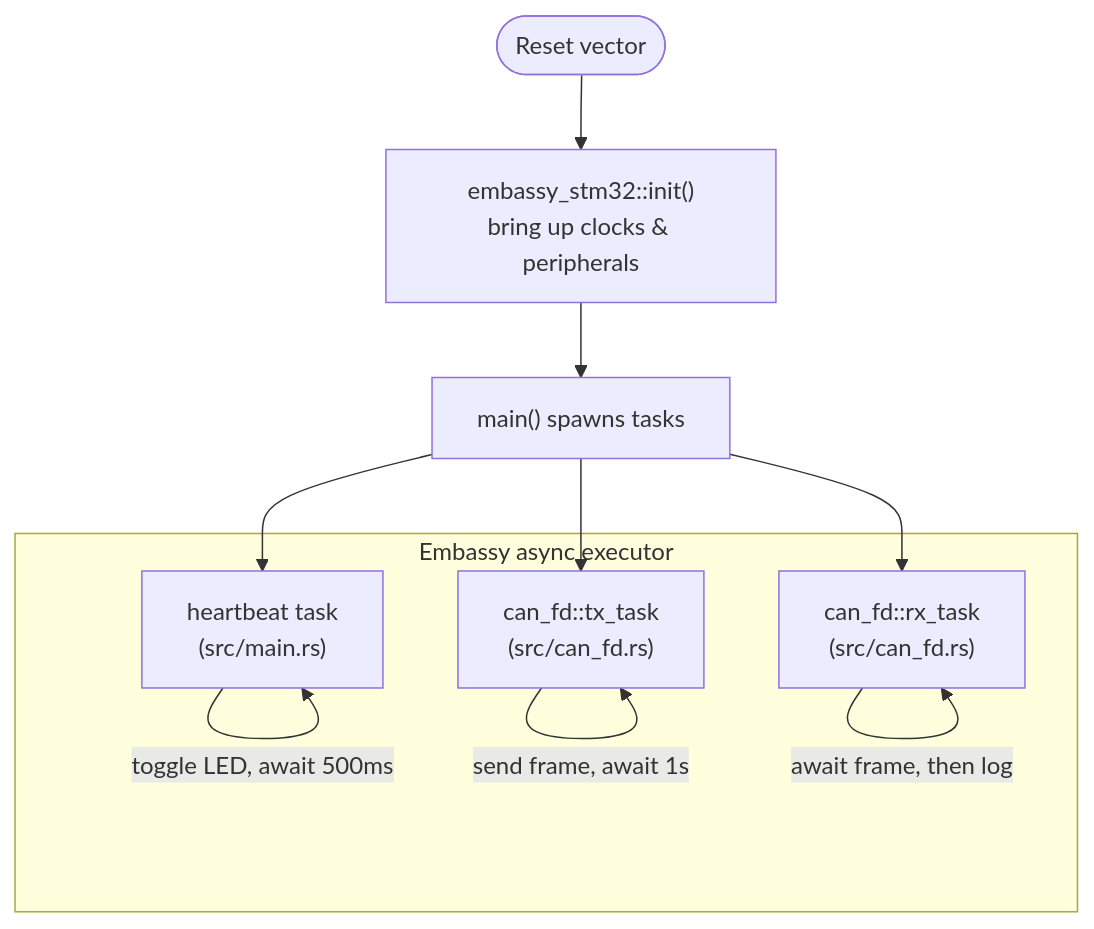
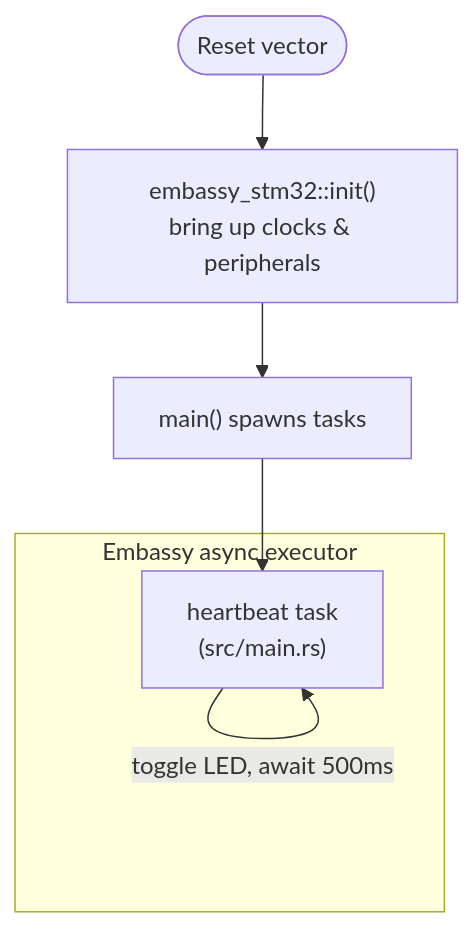
The diagram in README.md (noherczeg/rt-learn), drawn with Mermaid before and after one commit. The commit also changed other lines of this file and 17 other files, not shown here.

````diff
--- a/README.md
+++ b/README.md
@@ -149,19 +130,13 @@
 ```mermaid
 flowchart TD
     RESET([Reset vector]) --> INIT["embassy_stm32::init()<br/>bring up clocks & peripherals"]
     INIT --> SPAWN["main() spawns tasks"]
 
     SPAWN --> HB["heartbeat task<br/>(src/main.rs)"]
-    SPAWN --> TX["can_fd::tx_task<br/>(src/can_fd.rs)"]
-    SPAWN --> RX["can_fd::rx_task<br/>(src/can_fd.rs)"]
 
     HB -->|toggle LED, await 500ms| HB
-    TX -->|send frame, await 1s| TX
-    RX -->|await frame, then log| RX
 
     subgraph EXEC[Embassy async executor]
         HB
-        TX
-        RX
     end
 ```
````
